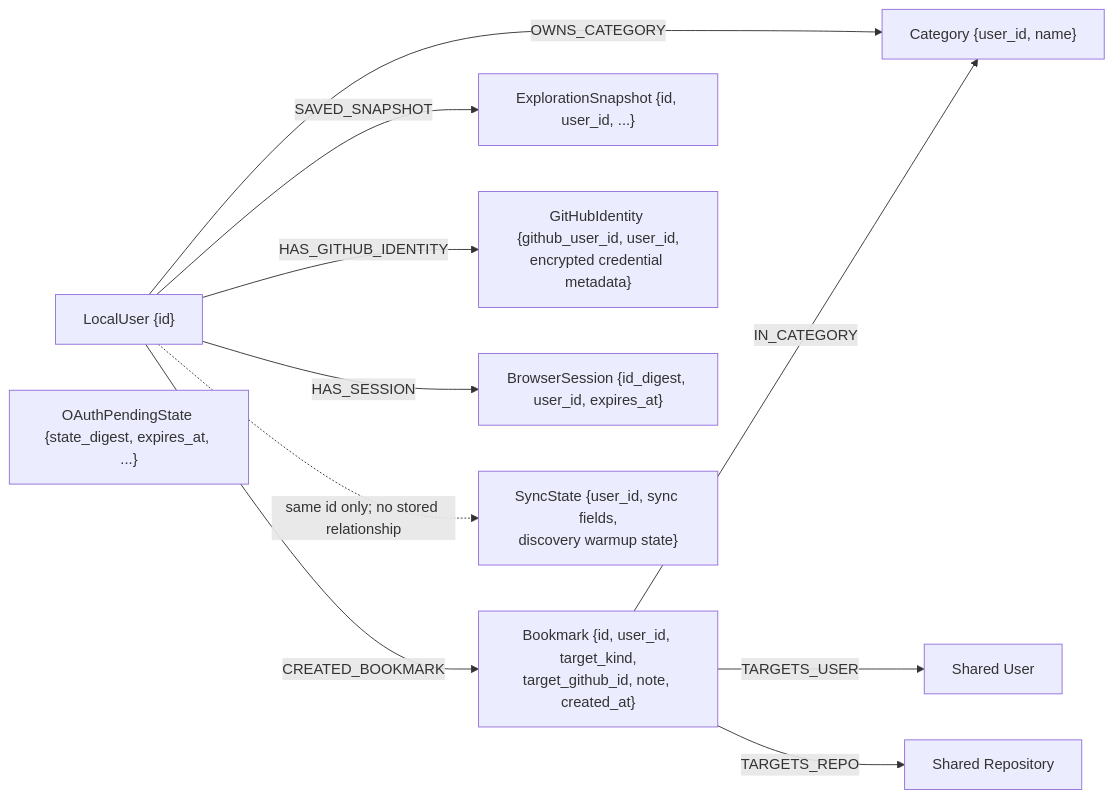
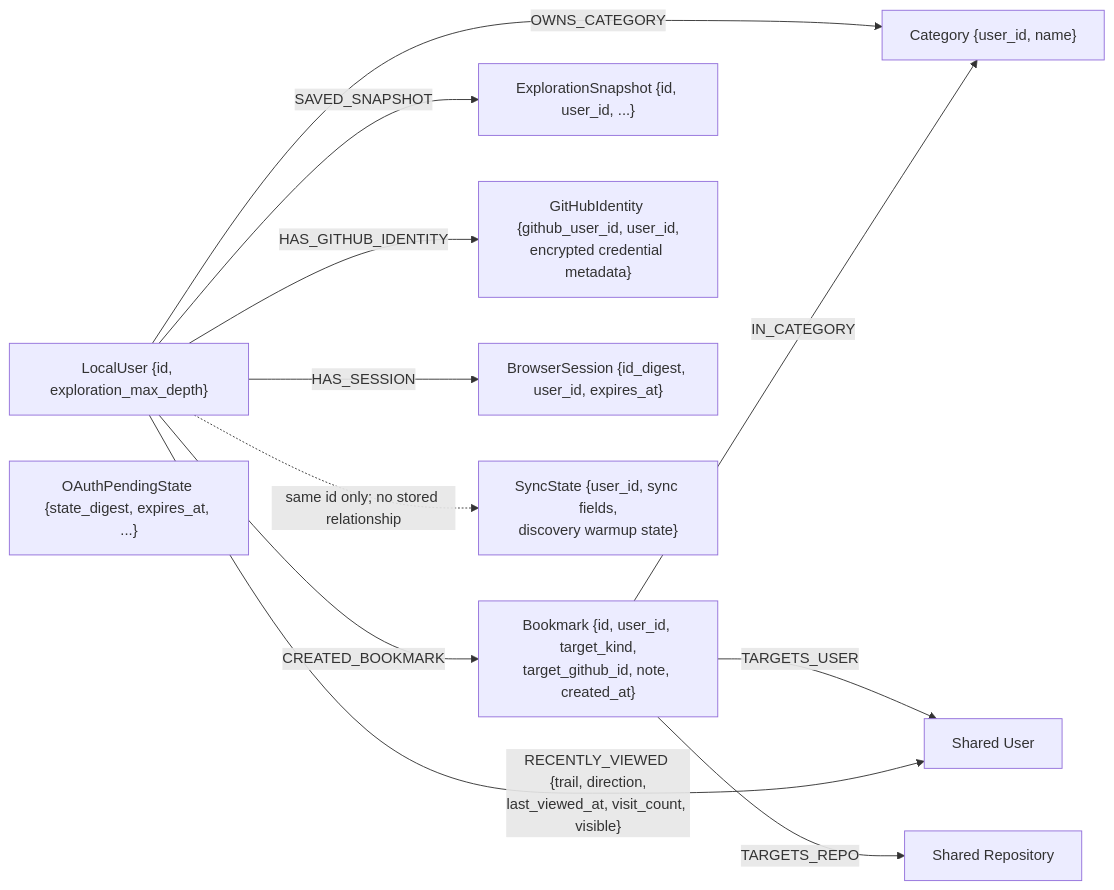
One commit to Paul-M-Kallarackal/gitexplore changed the second of 2 diagrams in docs/data-model.md. Above: the diagram before and after it, drawn with Mermaid. The commit also changed other lines of this file and 19 other files, not shown here.

Commit message:
Persist exploration history and speed up graph loading (#10)

````diff
--- a/docs/data-model.md
+++ b/docs/data-model.md
@@ -106,23 +106,24 @@
 ```mermaid
 flowchart LR
-    local["LocalUser {id}"]
+    local["LocalUser {id, exploration_max_depth}"]
     category["Category {user_id, name}"]
     bookmark["Bookmark {id, user_id, target_kind,\ntarget_github_id, note, created_at}"]
     snapshot["ExplorationSnapshot {id, user_id, ...}"]
     identity["GitHubIdentity {github_user_id, user_id,\nencrypted credential metadata}"]
     pending["OAuthPendingState {state_digest, expires_at, ...}"]
     session["BrowserSession {id_digest, user_id, expires_at}"]
     user["Shared User"]
     repo["Shared Repository"]
     sync["SyncState {user_id, sync fields,\ndiscovery warmup state}"]
 
     local -->|"OWNS_CATEGORY"| category
     local -->|"CREATED_BOOKMARK"| bookmark
     bookmark -->|"IN_CATEGORY"| category
     bookmark -->|"TARGETS_USER"| user
     bookmark -->|"TARGETS_REPO"| repo
     local -->|"SAVED_SNAPSHOT"| snapshot
     local -->|"HAS_GITHUB_IDENTITY"| identity
     local -->|"HAS_SESSION"| session
+    local -->|"RECENTLY_VIEWED {trail, direction,\nlast_viewed_at, visit_count, visible}"| user
     local -. "same id only; no stored relationship" .-> sync
 ```
````
